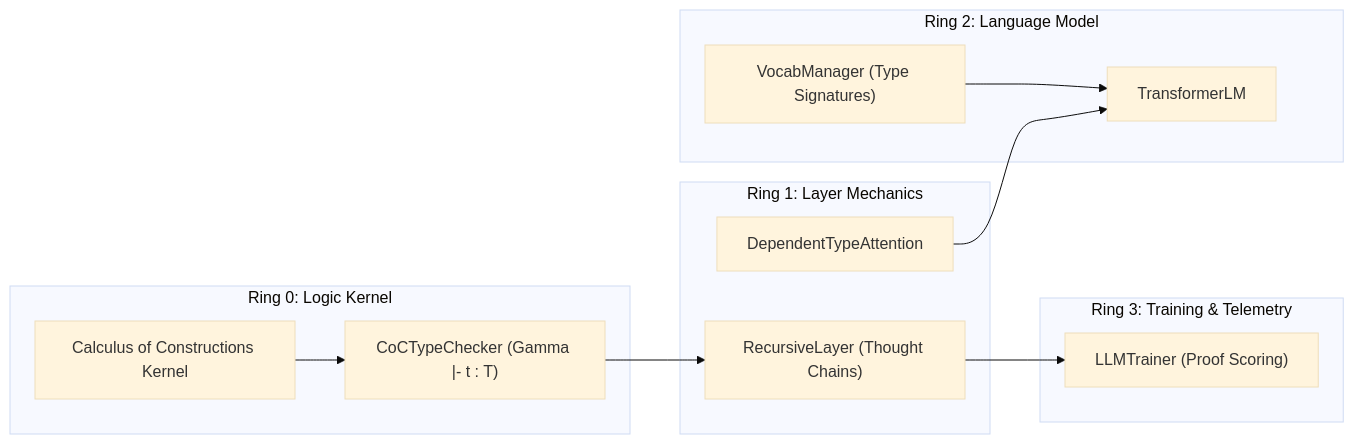
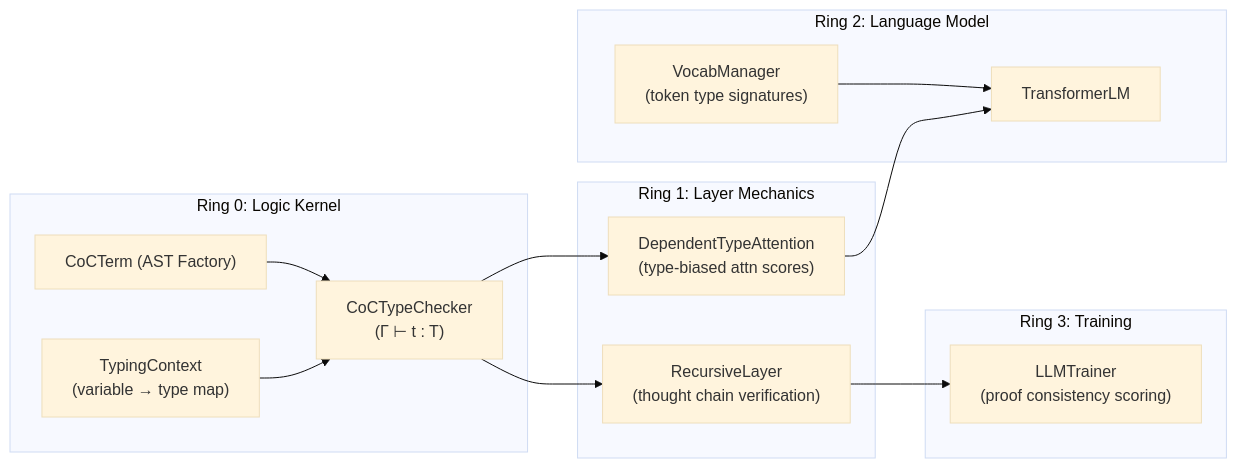
One commit to Heaplyn/NeuralNet changed the second of 2 diagrams in NeuralNet Obsidian/01 - Ring 0 (Core Math & Hardware)/Calculus of Constructions & Dependent-Typed Neural Reasoning.md. Above: the diagram before and after it, drawn with Mermaid (base theme). The commit also changed other lines of this file and 1 other file, not shown here.

````diff
--- a/NeuralNet Obsidian/01 - Ring 0 (Core Math & Hardware)/Calculus of Constructions & Dependent-Typed Neural Reasoning.md
+++ b/NeuralNet Obsidian/01 - Ring 0 (Core Math & Hardware)/Calculus of Constructions & Dependent-Typed Neural Reasoning.md
@@ -79,24 +405,27 @@
 ```mermaid
 graph LR
     subgraph "Ring 0: Logic Kernel"
-        CoC["Calculus of Constructions Kernel"]
-        TC["CoCTypeChecker (Gamma |- t : T)"]
+        CoC["CoCTerm (AST Factory)"]
+        TC["CoCTypeChecker\n(Γ ⊢ t : T)"]
+        Ctx["TypingContext\n(variable → type map)"]
     end
     subgraph "Ring 1: Layer Mechanics"
-        DTA["DependentTypeAttention"]
-        RL["RecursiveLayer (Thought Chains)"]
+        DTA["DependentTypeAttention\n(type-biased attn scores)"]
+        RL["RecursiveLayer\n(thought chain verification)"]
     end
     subgraph "Ring 2: Language Model"
         TLM["TransformerLM"]
-        VM["VocabManager (Type Signatures)"]
+        VM["VocabManager\n(token type signatures)"]
     end
-    subgraph "Ring 3: Training & Telemetry"
-        TR["LLMTrainer (Proof Scoring)"]
+    subgraph "Ring 3: Training"
+        TR["LLMTrainer\n(proof consistency scoring)"]
     end
 
     CoC --> TC
+    Ctx --> TC
+    TC --> DTA
     TC --> RL
     DTA --> TLM
     VM --> TLM
     RL --> TR
 ```
````
